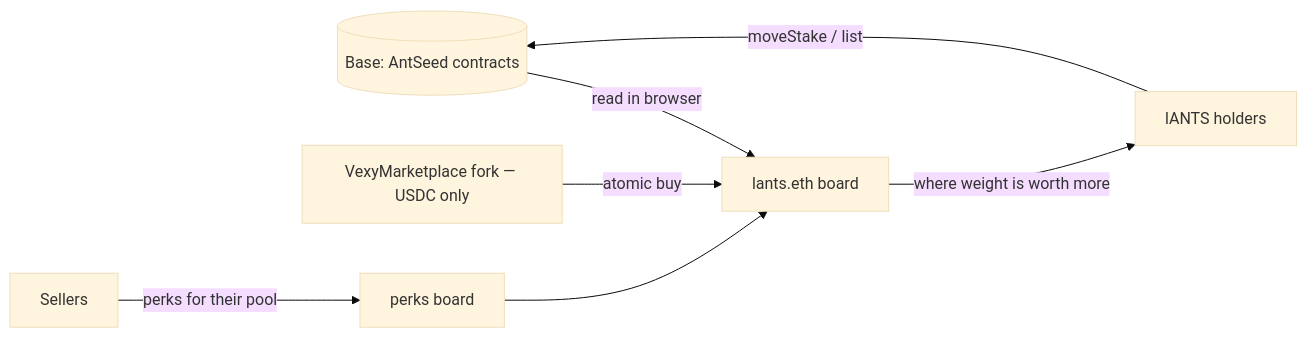
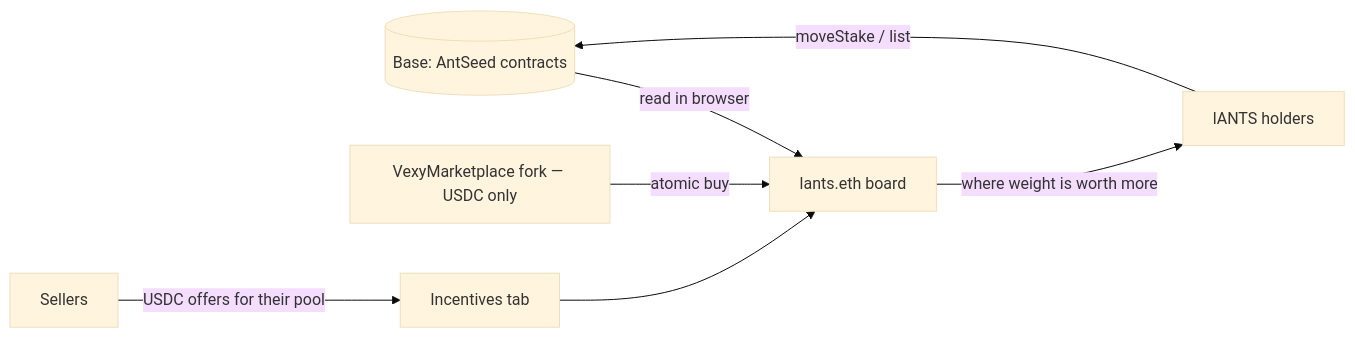
The diagram in README.md (theYahia/lants-market), drawn with Mermaid (base theme) before and after one commit. The commit also changed other lines of this file and 2 other files, not shown here.

First line of the commit message:
docs: Incentives — yield model, offer fields, payout rules; status 27.09

````diff
--- a/README.md
+++ b/README.md
@@ -53,9 +56,9 @@
 ```mermaid
 flowchart LR
   B[(Base: AntSeed contracts)] -->|read in browser| L[lants.eth board]
   M[VexyMarketplace fork — USDC only] -->|atomic buy| L
-  S[Sellers] -->|perks for their pool| P[perks board]
+  S[Sellers] -->|USDC offers for their pool| P[Incentives tab]
   P --> L
   L -->|where weight is worth more| H[lANTS holders]
   H -->|moveStake / list| B
 ```
````
